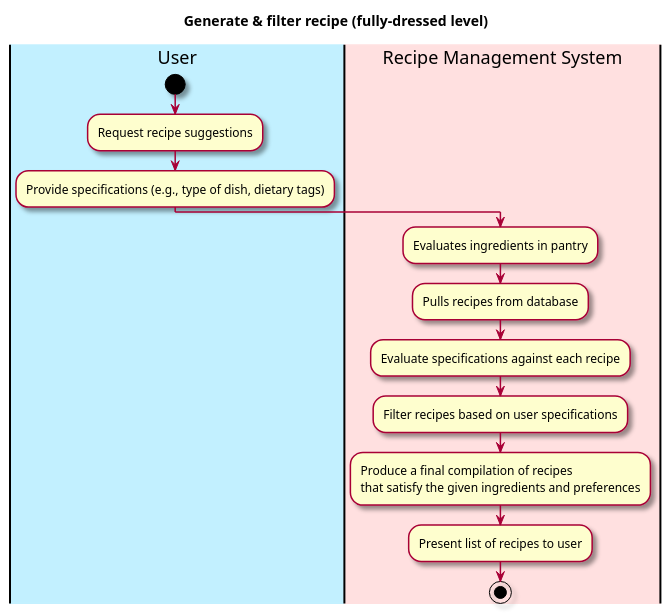
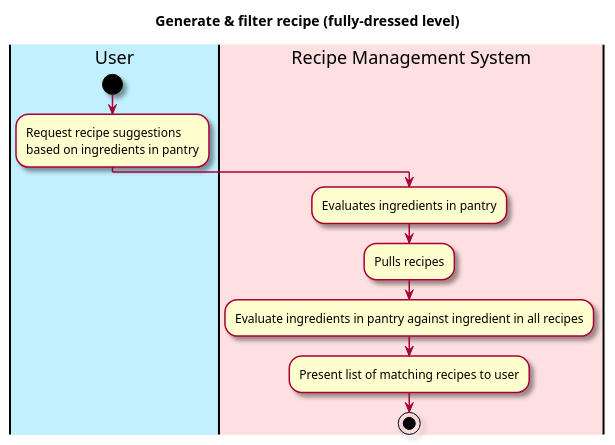
The first of 2 diagrams in intellij/doc/use-cases/generate_recipe.md (berthashipper/Pantry-Pal-Android-Application), drawn with PlantUML before and after one commit. The commit also changed other lines of this file and 1 other file, not shown here.

Commit message:
Updated generate_recipe sequence diagram

````diff
--- a/intellij/doc/use-cases/generate_recipe.md
+++ b/intellij/doc/use-cases/generate_recipe.md
@@ -30,30 +30,27 @@
 ```plantuml
 @startuml
 
 skin rose
 
 title Generate & filter recipe (fully-dressed level)
 
 'define the lanes
 |#application|User|
 |#implementation|Recipe Management System|
 
 |User|
 start
-:Request recipe suggestions;
-:Provide specifications (e.g., type of dish, dietary tags);
+:Request recipe suggestions
+based on ingredients in pantry;
 
 |Recipe Management System|
 :Evaluates ingredients in pantry;
-:Pulls recipes from database;
+:Pulls recipes;
 
 |Recipe Management System|
-:Evaluate specifications against each recipe;
-:Filter recipes based on user specifications;
-:Produce a final compilation of recipes
-that satisfy the given ingredients and preferences;
-:Present list of recipes to user;
+:Evaluate ingredients in pantry against ingredient in all recipes;
+:Present list of matching recipes to user;
 
 stop
 @enduml
 ```
````
